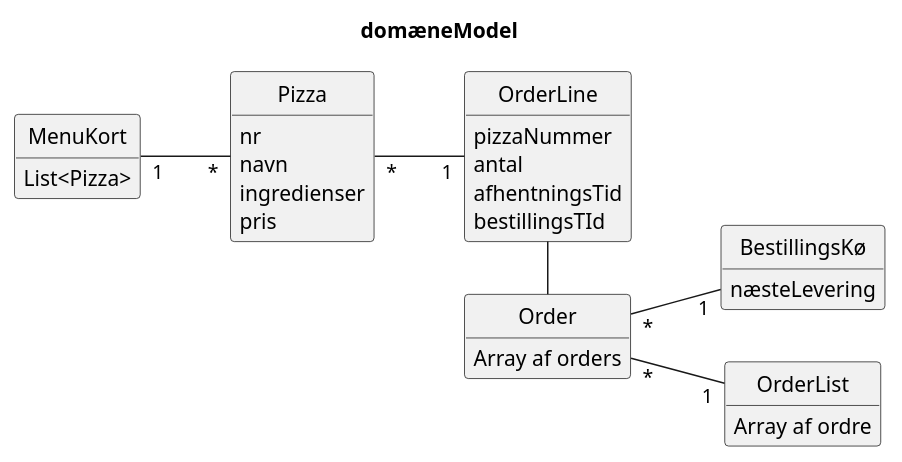
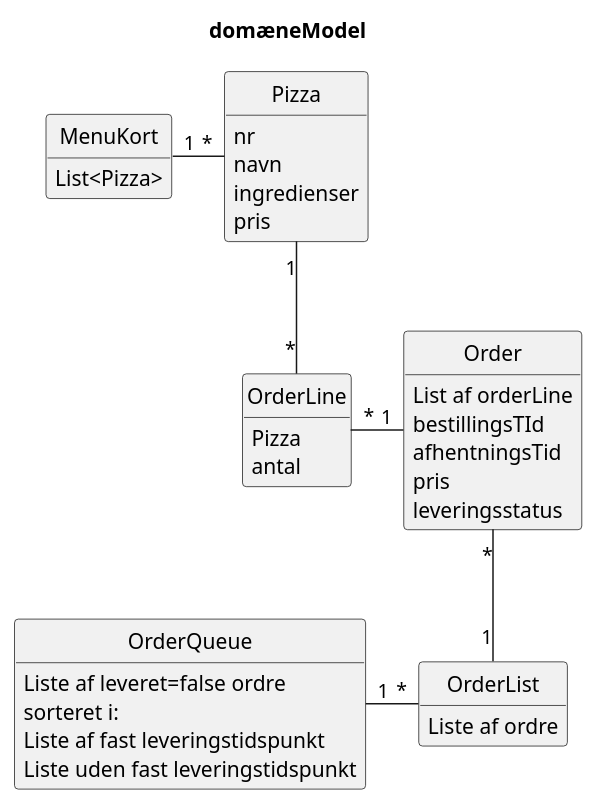
Before and after one commit to ThorbjoernJensen/Marios-Pizzabar: the diagram in PlantUML/MariosPizzabarDomæne.puml, drawn with PlantUML. The commit also changed 14 other files, not shown here.

```diff
--- a/PlantUML/MariosPizzabarDomæne.puml
+++ b/PlantUML/MariosPizzabarDomæne.puml
@@ -1,48 +1,54 @@
 @startuml
 
 title domæneModel
-left to right direction
+
 
 hide circle
 hide methods
 
 
 Class MenuKort{
 List<Pizza>
 }
 
 Class Pizza{
 nr
 navn
 ingredienser
 pris
 }
 
 Class OrderLine{
-pizzaNummer
+Pizza
 antal
-afhentningsTid
-bestillingsTId
 }
 
 Class Order{
-Array af orders
+List af orderLine
+bestillingsTId
+afhentningsTid
+pris
+leveringsstatus
 
 }
 
-Class BestillingsKø{
-næsteLevering
+Class OrderQueue{
+Liste af leveret=false ordre
+sorteret i:
+Liste af fast leveringstidspunkt
+Liste uden fast leveringstidspunkt
 }
 
 Class OrderList{
-Array af ordre
+Liste af ordre
+
 }
 
-MenuKort "1" -- "*" Pizza
-Pizza "*" -- "1" OrderLine
+MenuKort "1" -right- "*" Pizza
+Pizza "1" -- "*" OrderLine
 
-Order "*" -- "1" BestillingsKø
+OrderLine "*"-right-"1" Order
 Order "*" -- "1" OrderList
-OrderLine -right- Order
+OrderList "*" -left- "1" OrderQueue
 
 @enduml
```
